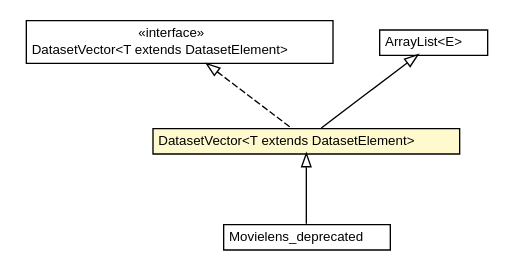
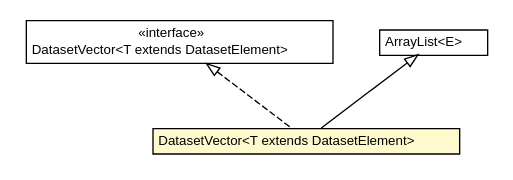
One commit to UnicaLabs-CS/Foresee changed the diagram in docs/it/unica/foresee/datasets/DatasetVector.dot. Above: the diagram before and after it, drawn with Graphviz. The commit also changed 110 other files, not shown here.

```diff
--- a/docs/it/unica/foresee/datasets/DatasetVector.dot
+++ b/docs/it/unica/foresee/datasets/DatasetVector.dot
@@ -1,43 +1,35 @@
 #!/usr/local/bin/dot
 #
 # Class diagram 
 # Generated by UMLGraph version 5.2 (http://www.umlgraph.org/)
 #
 
 digraph G {
 	edge [fontname="Helvetica",fontsize=10,labelfontname="Helvetica",labelfontsize=10];
 	node [fontname="Helvetica",fontsize=10,shape=plaintext];
 	nodesep=0.25;
 	ranksep=0.5;
 	// it.unica.foresee.datasets.interfaces.DatasetVector<T extends it.unica.foresee.datasets.interfaces.DatasetElement>
 	c877 [label=<<table title="it.unica.foresee.datasets.interfaces.DatasetVector" border="0" cellborder="1" cellspacing="0" cellpadding="2" port="p" href="./interfaces/DatasetVector.html">
 		<tr><td><table border="0" cellspacing="0" cellpadding="1">
 <tr><td align="center" balign="center"> &#171;interface&#187; </td></tr>
 <tr><td align="center" balign="center"> DatasetVector&lt;T extends DatasetElement&gt; </td></tr>
 		</table></td></tr>
 		</table>>, fontname="Helvetica", fontcolor="black", fontsize=10.0];
 	// it.unica.foresee.datasets.DatasetVector<T extends it.unica.foresee.datasets.interfaces.DatasetElement>
 	c883 [label=<<table title="it.unica.foresee.datasets.DatasetVector" border="0" cellborder="1" cellspacing="0" cellpadding="2" port="p" bgcolor="lemonChiffon" href="./DatasetVector.html">
 		<tr><td><table border="0" cellspacing="0" cellpadding="1">
 <tr><td align="center" balign="center"> DatasetVector&lt;T extends DatasetElement&gt; </td></tr>
 		</table></td></tr>
 		</table>>, fontname="Helvetica", fontcolor="black", fontsize=10.0];
-	// it.unica.foresee.datasets.Movielens_deprecated
-	c887 [label=<<table title="it.unica.foresee.datasets.Movielens_deprecated" border="0" cellborder="1" cellspacing="0" cellpadding="2" port="p" href="./Movielens_deprecated.html">
-		<tr><td><table border="0" cellspacing="0" cellpadding="1">
-<tr><td align="center" balign="center"> Movielens_deprecated </td></tr>
-		</table></td></tr>
-		</table>>, fontname="Helvetica", fontcolor="black", fontsize=10.0];
 	//it.unica.foresee.datasets.DatasetVector<T extends it.unica.foresee.datasets.interfaces.DatasetElement> extends java.util.ArrayList<T>
 	c913:p -> c883:p [dir=back,arrowtail=empty];
 	//it.unica.foresee.datasets.DatasetVector<T extends it.unica.foresee.datasets.interfaces.DatasetElement> implements it.unica.foresee.datasets.interfaces.DatasetVector<T extends it.unica.foresee.datasets.interfaces.DatasetElement>
 	c877:p -> c883:p [dir=back,arrowtail=empty,style=dashed];
-	//it.unica.foresee.datasets.Movielens_deprecated extends it.unica.foresee.datasets.DatasetVector<it.unica.foresee.datasets.MovielensElement>
-	c883:p -> c887:p [dir=back,arrowtail=empty];
 	// java.util.ArrayList<E>
 	c913 [label=<<table title="java.util.ArrayList" border="0" cellborder="1" cellspacing="0" cellpadding="2" port="p" href="http://java.sun.com/j2se/1.4.2/docs/api/java/util/ArrayList.html">
 		<tr><td><table border="0" cellspacing="0" cellpadding="1">
 <tr><td align="center" balign="center"> ArrayList&lt;E&gt; </td></tr>
 		</table></td></tr>
 		</table>>, fontname="Helvetica", fontcolor="black", fontsize=10.0];
 }
```
